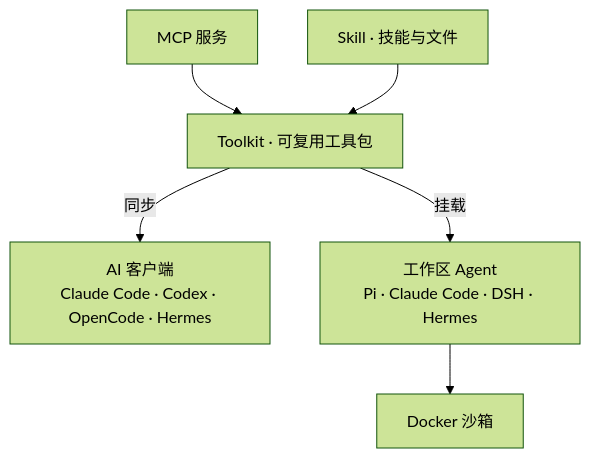
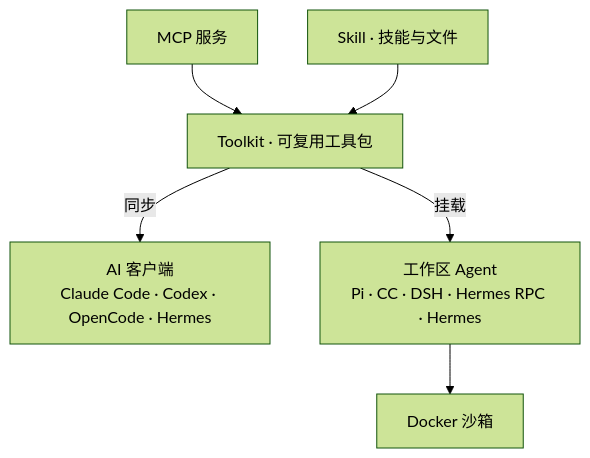
One commit to asharca/ToolPlane changed the diagram in README.md. Above: the diagram before and after it, drawn with Mermaid (forest theme). The commit also changed other lines of this file and 51 other files, not shown here.

First line of the commit message:
feat: add independent Hermes RPC sandbox runtime

````diff
--- a/README.md
+++ b/README.md
@@ -19,8 +19,8 @@
 ```mermaid
 flowchart TB
   MCP["MCP 服务"] --> Toolkit["Toolkit · 可复用工具包"]
   Skills["Skill · 技能与文件"] --> Toolkit
   Toolkit -->|同步| Clients["AI 客户端<br/>Claude Code · Codex · OpenCode · Hermes"]
-  Toolkit -->|挂载| Agent["工作区 Agent<br/>Pi · Claude Code · DSH · Hermes"]
+  Toolkit -->|挂载| Agent["工作区 Agent<br/>Pi · CC · DSH · Hermes RPC · Hermes"]
   Agent --> Sandbox["Docker 沙箱"]
 ```
````
